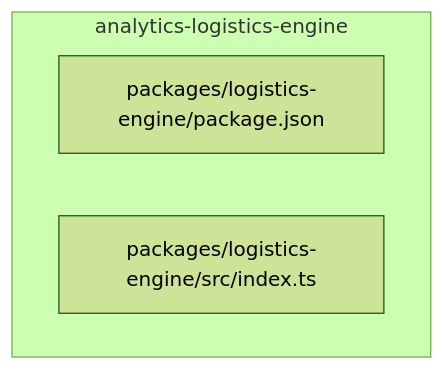
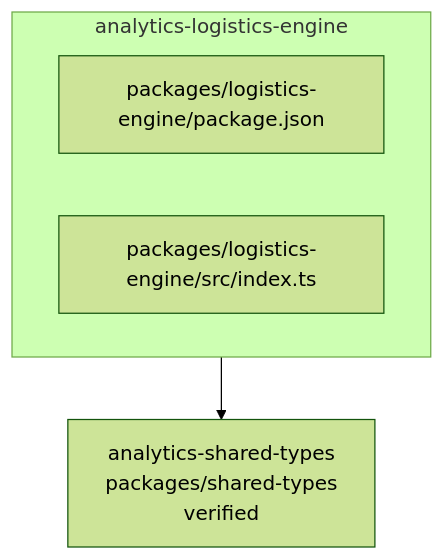
One commit to Islamce/kynox-inventory-analytics changed the diagram in .ai/diagrams/component-analytics-logistics-engine.md. Above: the diagram before and after it, drawn with Mermaid (forest theme). The commit also changed other lines of this file and 19 other files, not shown here.

````diff
--- a/.ai/diagrams/component-analytics-logistics-engine.md
+++ b/.ai/diagrams/component-analytics-logistics-engine.md
@@ -7,7 +7,9 @@
 ```mermaid
 graph TB
   subgraph analytics_logistics_engine_box["analytics-logistics-engine"]
     ep_packages_logistics_engine_package_json["packages/logistics-engine/package.json"]
     ep_packages_logistics_engine_src_index_ts["packages/logistics-engine/src/index.ts"]
   end
+  analytics_shared_types["analytics-shared-types<br/>packages/shared-types<br/>verified"]
+  analytics_logistics_engine_box --> analytics_shared_types
 ```
````
